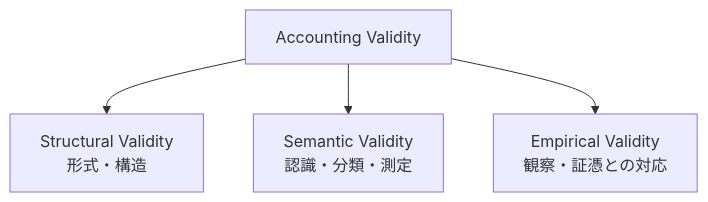
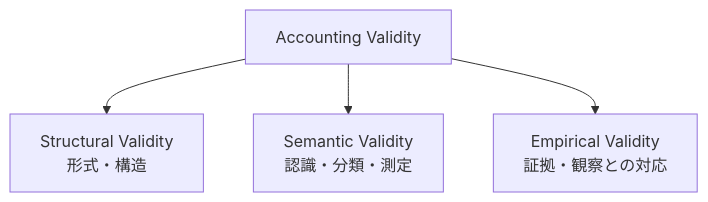
Before and after one commit to niikei/accounting-state-model: the first of 6 diagrams in theory/09-validation.md, drawn with Mermaid. The commit also changed other lines of this file and 2 other files, not shown here.

````diff
--- a/theory/09-validation.md
+++ b/theory/09-validation.md
@@ -11,11 +46,14 @@
 ```mermaid
 flowchart TD
     VALID["Accounting Validity"]
+
     STRUCT["Structural Validity<br/>形式・構造"]
+
     SEM["Semantic Validity<br/>認識・分類・測定"]
-    EMP["Empirical Validity<br/>観察・証憑との対応"]
+
+    EMP["Empirical Validity<br/>証拠・観察との対応"]
 
     VALID --> STRUCT
     VALID --> SEM
     VALID --> EMP
 ```
````
